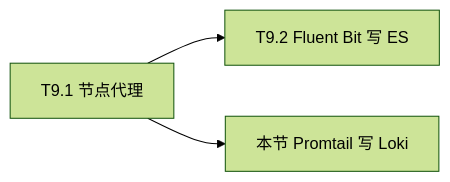
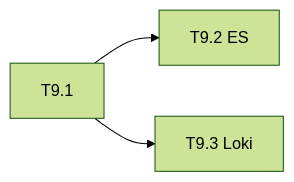
One commit to brinnatt/kubeauto changed diagram 38 of 43 in docs/efk/EFK.md. Above: the diagram before and after it, drawn with Mermaid (forest theme). The commit also changed other lines of this file, not shown here.

````diff
--- a/docs/efk/EFK.md
+++ b/docs/efk/EFK.md
@@ -2450,8 +2397,5 @@
 ```mermaid
 flowchart LR
-  T91["T9.1 节点代理"]
-  T92["T9.2 Fluent Bit 写 ES"]
-  T93["本节 Promtail 写 Loki"]
-  T91 --> T92
-  T91 --> T93
+  T91[T9.1] --> T92[T9.2 ES]
+  T91 --> T93[T9.3 Loki]
 ```
````
